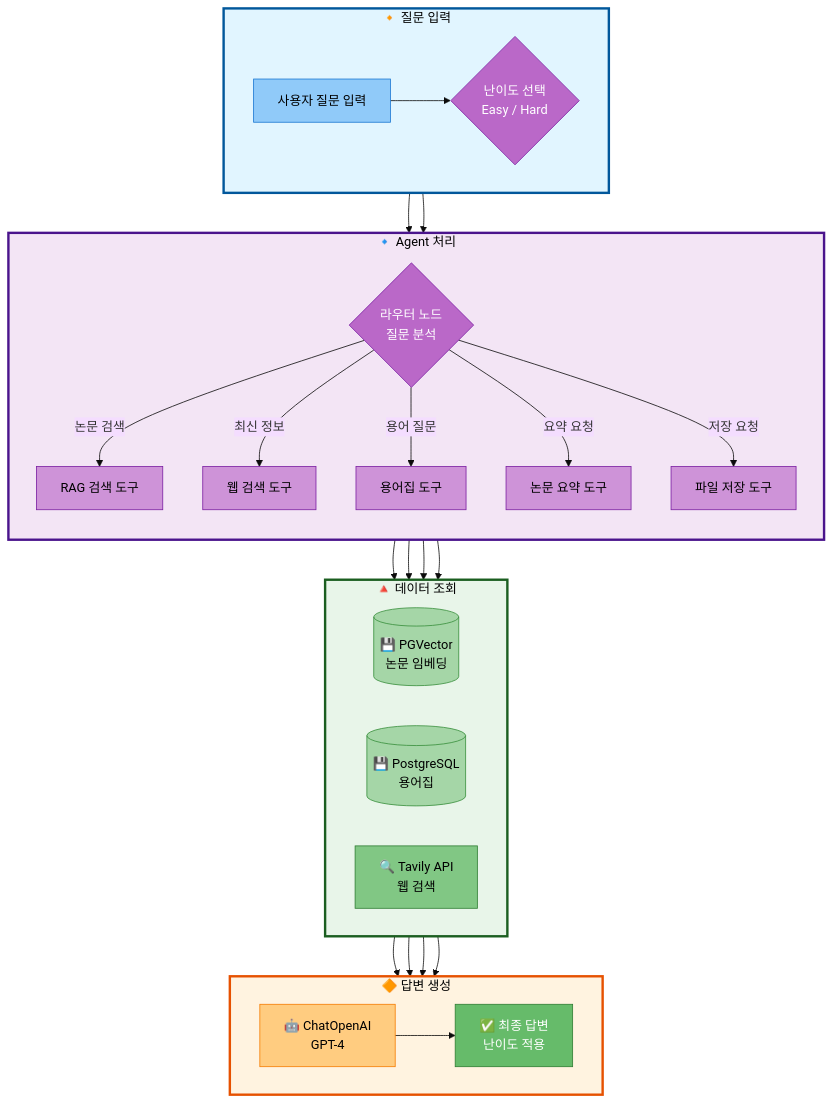
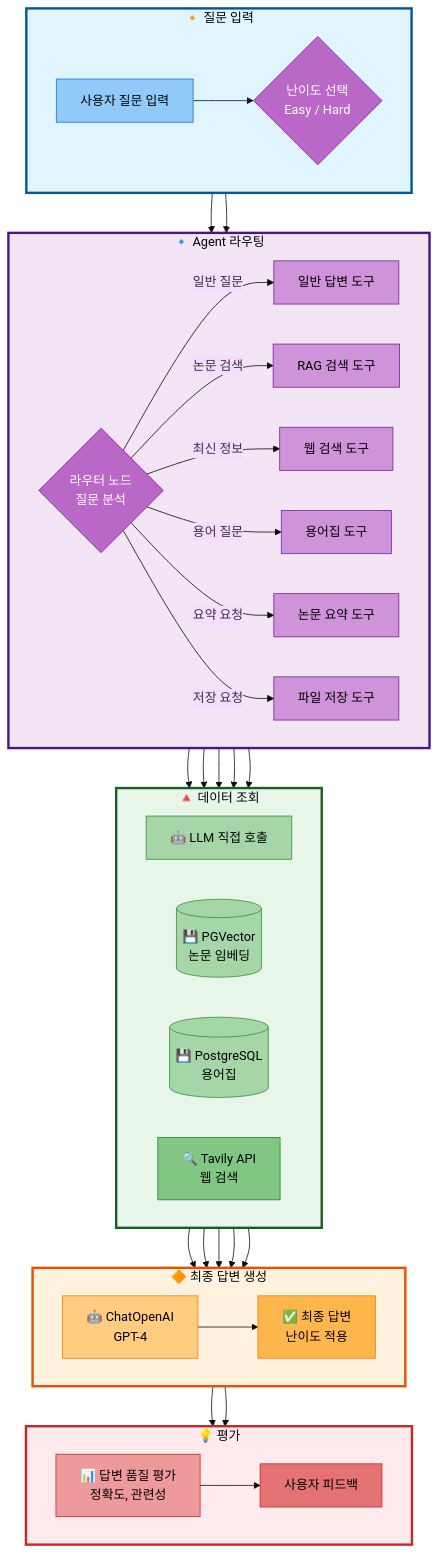
Before and after one commit to woghd8503/langchainproject-new-langchainproject_5: the second of 2 diagrams in docs/PRD/02_프로젝트_구조.md, drawn with Mermaid (base theme).

Commit message:
fix: 사용자 질문 처리 흐름에 누락된 요소 추가
일반 답변 도구, 최종 답변 생성, 평가 단계 추가
- 6개 도구로 확장: 일반 답변 도구(General) 추가
- 최종 답변 생성 단계 추가: 도구 실행 후 LLM이 답변 생성
- 평가 단계 추가: 답변 품질 평가 및 사용자 피드백 반영
- 자료조사 문서의 High-Level Architecture 구조 반영

````diff
--- a/docs/PRD/02_프로젝트_구조.md
+++ b/docs/PRD/02_프로젝트_구조.md
@@ -378,58 +378,81 @@
 ```mermaid
 graph TB
     subgraph Input["🔸 질문 입력"]
         direction LR
         User[사용자 질문 입력] --> Difficulty{난이도 선택<br/>Easy / Hard}
     end
 
-    subgraph AgentProcessing["🔹 Agent 처리"]
-        direction TB
+    subgraph AgentProcessing["🔹 Agent 라우팅"]
+        direction LR
         Difficulty --> Router{라우터 노드<br/>질문 분석}
+        Router -->|일반 질문| GeneralTool[일반 답변 도구]
         Router -->|논문 검색| RAGTool[RAG 검색 도구]
         Router -->|최신 정보| WebTool[웹 검색 도구]
         Router -->|용어 질문| GlossaryTool[용어집 도구]
         Router -->|요약 요청| SummarizeTool[논문 요약 도구]
         Router -->|저장 요청| SaveTool[파일 저장 도구]
     end
 
     subgraph DataRetrieval["🔺 데이터 조회"]
         direction LR
+        GeneralTool --> LLMDirect[🤖 LLM 직접 호출]
         RAGTool --> VectorDB[(💾 PGVector<br/>논문 임베딩)]
         GlossaryTool --> PostgreSQL[(💾 PostgreSQL<br/>용어집)]
         WebTool --> TavilyAPI[🔍 Tavily API<br/>웹 검색]
     end
 
-    subgraph Response["🔶 답변 생성"]
+    subgraph ResponseGen["🔶 최종 답변 생성"]
         direction LR
-        VectorDB --> LLM[🤖 ChatOpenAI<br/>GPT-4]
+        LLMDirect --> LLM[🤖 ChatOpenAI<br/>GPT-4]
+        VectorDB --> LLM
         PostgreSQL --> LLM
         TavilyAPI --> LLM
         LLM --> Answer[✅ 최종 답변<br/>난이도 적용]
     end
 
+    subgraph Evaluation["💡 평가"]
+        direction LR
+        Answer --> Eval[📊 답변 품질 평가<br/>정확도, 관련성]
+        Eval --> UserFeedback[사용자 피드백]
+    end
+
     %% 단계 간 연결
     Input --> AgentProcessing
     AgentProcessing --> DataRetrieval
-    DataRetrieval --> Response
+    DataRetrieval --> ResponseGen
+    ResponseGen --> Evaluation
 
     %% Subgraph 스타일
     style Input fill:#e1f5ff,stroke:#01579b,stroke-width:3px,color:#000
     style AgentProcessing fill:#f3e5f5,stroke:#4a148c,stroke-width:3px,color:#000
     style DataRetrieval fill:#e8f5e9,stroke:#1b5e20,stroke-width:3px,color:#000
-    style Response fill:#fff3e0,stroke:#e65100,stroke-width:3px,color:#000
+    style ResponseGen fill:#fff3e0,stroke:#e65100,stroke-width:3px,color:#000
+    style Evaluation fill:#ffebee,stroke:#c62828,stroke-width:3px,color:#000
 
-    %% 노드 스타일
+    %% 노드 스타일 (입력 - 파랑 계열)
     style User fill:#90caf9,stroke:#1976d2,color:#000
     style Difficulty fill:#ba68c8,stroke:#7b1fa2,color:#fff
+
+    %% 노드 스타일 (Agent - 보라 계열)
     style Router fill:#ba68c8,stroke:#7b1fa2,color:#fff
+    style GeneralTool fill:#ce93d8,stroke:#7b1fa2,color:#000
     style RAGTool fill:#ce93d8,stroke:#7b1fa2,color:#000
     style WebTool fill:#ce93d8,stroke:#7b1fa2,color:#000
     style GlossaryTool fill:#ce93d8,stroke:#7b1fa2,color:#000
     style SummarizeTool fill:#ce93d8,stroke:#7b1fa2,color:#000
     style SaveTool fill:#ce93d8,stroke:#7b1fa2,color:#000
+
+    %% 노드 스타일 (데이터 조회 - 녹색 계열)
+    style LLMDirect fill:#a5d6a7,stroke:#388e3c,color:#000
     style VectorDB fill:#a5d6a7,stroke:#388e3c,color:#000
     style PostgreSQL fill:#a5d6a7,stroke:#388e3c,color:#000
     style TavilyAPI fill:#81c784,stroke:#2e7d32,color:#000
+
+    %% 노드 스타일 (답변 생성 - 주황 계열)
     style LLM fill:#ffcc80,stroke:#f57c00,color:#000
-    style Answer fill:#66bb6a,stroke:#2e7d32,color:#fff
+    style Answer fill:#ffb74d,stroke:#f57c00,color:#000
+
+    %% 노드 스타일 (평가 - 빨강 계열)
+    style Eval fill:#ef9a9a,stroke:#c62828,color:#000
+    style UserFeedback fill:#e57373,stroke:#c62828,color:#000
 ```
````
